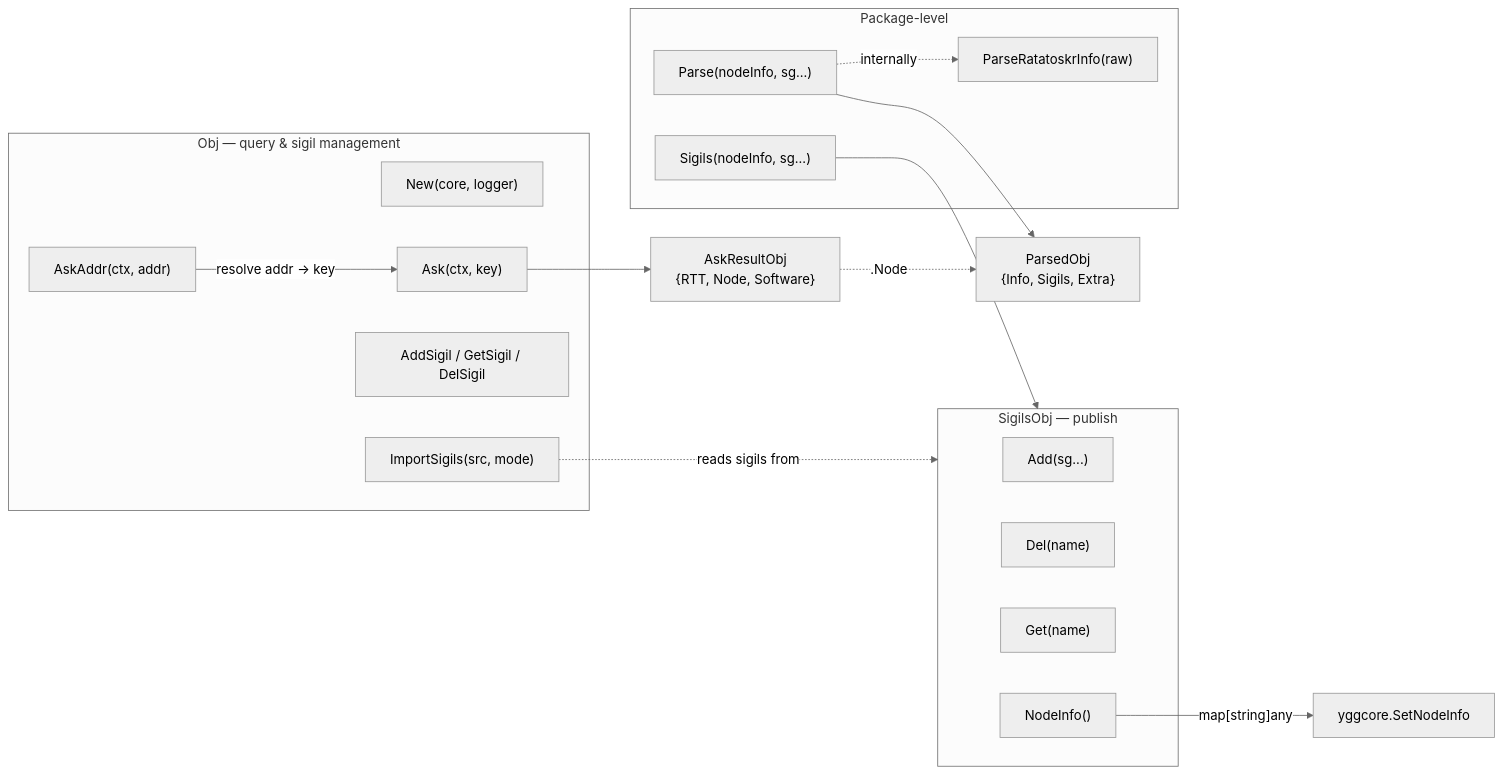
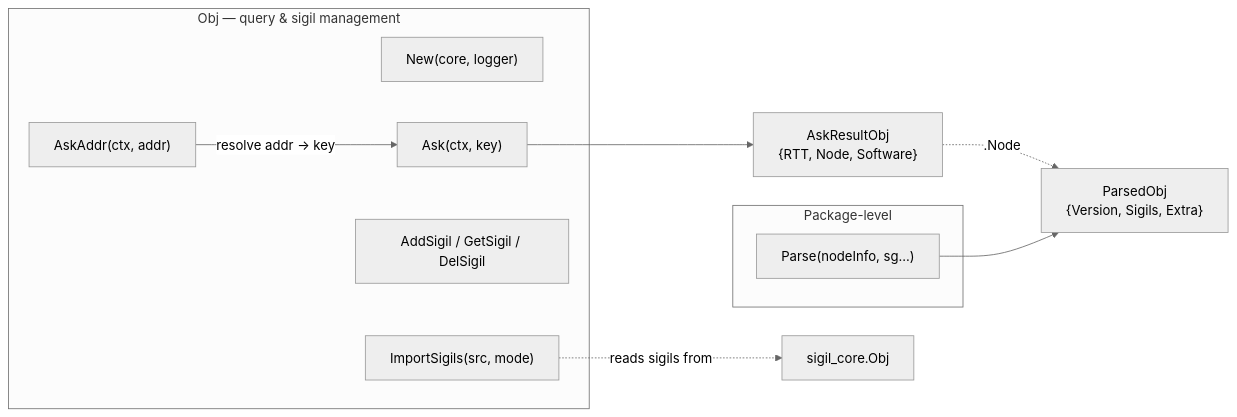
One commit to voluminor/ratatoskr changed the first of 2 diagrams in mod/ninfo/README.md. Above: the diagram before and after it, drawn with Mermaid (neutral theme). The commit also changed other lines of this file and 11 other files, not shown here.

````diff
--- a/mod/ninfo/README.md
+++ b/mod/ninfo/README.md
@@ -33,35 +29,21 @@
 ```mermaid
 flowchart LR
     subgraph Obj["Obj — query & sigil management"]
         New["New(core, logger)"]
         AskAddr["AskAddr(ctx, addr)"]
         Ask["Ask(ctx, key)"]
         AddSigil["AddSigil / GetSigil / DelSigil"]
         ImportSigils["ImportSigils(src, mode)"]
     end
 
-    subgraph SO["SigilsObj — publish"]
-        Add["Add(sg...)"]
-        Del["Del(name)"]
-        Get["Get(name)"]
-        NodeInfo["NodeInfo()"]
-    end
-
     subgraph Free["Package-level"]
-      Sigils["Sigils(nodeInfo, sg...)"]
         Parse["Parse(nodeInfo, sg...)"]
-        ParseRI["ParseRatatoskrInfo(raw)"]
     end
 
     AskAddr -->|"resolve addr → key"| Ask
     Ask --> AskResult["AskResultObj\n{RTT, Node, Software}"]
-    AskResult -.->|".Node"| ParsedObj["ParsedObj\n{Info, Sigils, Extra}"]
-
-    Sigils --> SO
-    NodeInfo -->|"map[string]any"| core["yggcore.SetNodeInfo"]
-
-    ImportSigils -.->|"reads sigils from"| SO
+  AskResult -.->|" .Node "| ParsedObj["ParsedObj\n{Version, Sigils, Extra}"]
+  ImportSigils -.->|" reads sigils from "| SC["sigil_core.Obj"]
 
     Parse --> ParsedObj
-    Parse -.->|"internally"| ParseRI
 ```
````
